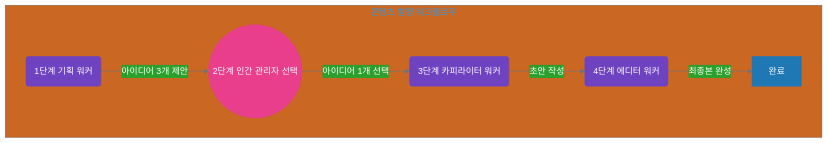
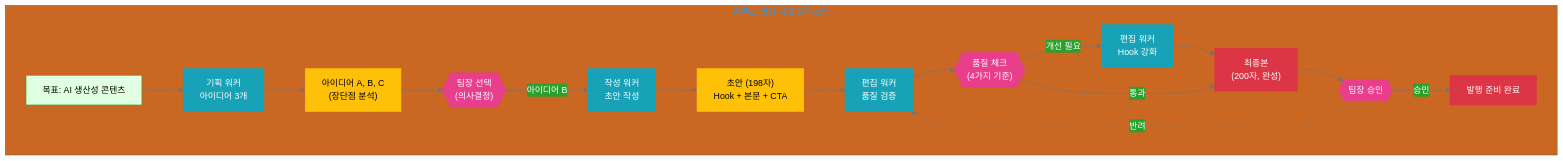
The fifth of 5 diagrams in book/vol-2-part-4-chapter-11.md (wooxist/ai-instructions), drawn with Mermaid before and after one commit. The commit also changed other lines of this file and 1 other file, not shown here.

First line of the commit message:
Add initial draft for AI collaboration session on chapter 11 reframing

````diff
--- a/book/vol-2-part-4-chapter-11.md
+++ b/book/vol-2-part-4-chapter-11.md
@@ -80,30 +1188,41 @@
 ```mermaid
 %%{init: {
   'theme': 'base',
   'themeVariables': {
     'primaryColor': '#1f77b4',
     'primaryTextColor': '#ffffff',
     'primaryBorderColor': '#1f77b4',
     'lineColor': '#6c757d',
     'background': 'transparent',
     'edgeLabelBackground': '#2ca02c'
   }
 }}%%
 graph TD
-    subgraph "콘텐츠 발행 워크플로우"
-        A("1단계 기획 워커") -- "아이디어 3개 제안" --> B(("2단계 인간 관리자 선택"))
-        B -- "아이디어 1개 선택" --> C("3단계 카피라이터 워커")
-        C -- "초안 작성" --> D("4단계 에디터 워커")
-        D -- "최종본 완성" --> E["완료"]
+    subgraph "콘텐츠 생성 사고 클러스터"
+        Goal["목표: AI 생산성 콘텐츠"] --> Plan["기획 워커<br/>아이디어 3개"]
+        Plan --> Ideas["아이디어 A, B, C<br/>(장단점 분석)"]
+        Ideas --> Decision{{"팀장 선택<br/>(의사결정)"}}
+        Decision -->|"아이디어 B"| Write["작성 워커<br/>초안 작성"]
+        Write --> Draft["초안 (198자)<br/>Hook + 본문 + CTA"]
+        Draft --> Edit["편집 워커<br/>품질 검증"]
+        Edit --> QC{{"품질 체크<br/>(4가지 기준)"}}
+        QC -->|"개선 필요"| Improve["편집 워커<br/>Hook 강화"]
+        Improve --> Final["최종본<br/>(200자, 완성)"]
+        QC -->|"통과"| Final
+        Final --> Approval{{"팀장 승인"}}
+        Approval -->|"승인"| Publish["발행 준비 완료"]
+        Approval -.->|"반려"| Edit
     end
-
-    %% 클래스 정의 및 적용 (WRITER 부록 A 기준)
-    classDef principle fill:#1f77b4,stroke:#1f77b4,color:#ffffff;
-    classDef decision fill:#ffffff,stroke:#495057,stroke-width:2px,color:#212529;
-    classDef agent fill:#6f42c1,stroke:#6f42c1,color:#ffffff;
-    classDef artifact fill:#17a2b8,stroke:#17a2b8,color:#ffffff;
-    classDef data fill:#2ca02c,stroke:#2ca02c,color:#ffffff;
-    classDef human fill:#e83e8c,stroke:#e83e8c,color:#ffffff;
-    class A,C,D agent;
-    class B human;
+    
+    classDef goal fill:#e1ffe1,stroke:#2ca02c,color:#000;
+    classDef worker fill:#17a2b8,stroke:#17a2b8,color:#fff;
+    classDef decision fill:#e83e8c,stroke:#e83e8c,color:#fff;
+    classDef artifact fill:#ffc107,stroke:#ffc107,color:#000;
+    classDef final fill:#dc3545,stroke:#dc3545,color:#fff;
+    
+    class Goal goal;
+    class Plan,Write,Edit,Improve worker;
+    class Decision,QC,Approval decision;
+    class Ideas,Draft artifact;
+    class Final,Publish final;
 ```
````
